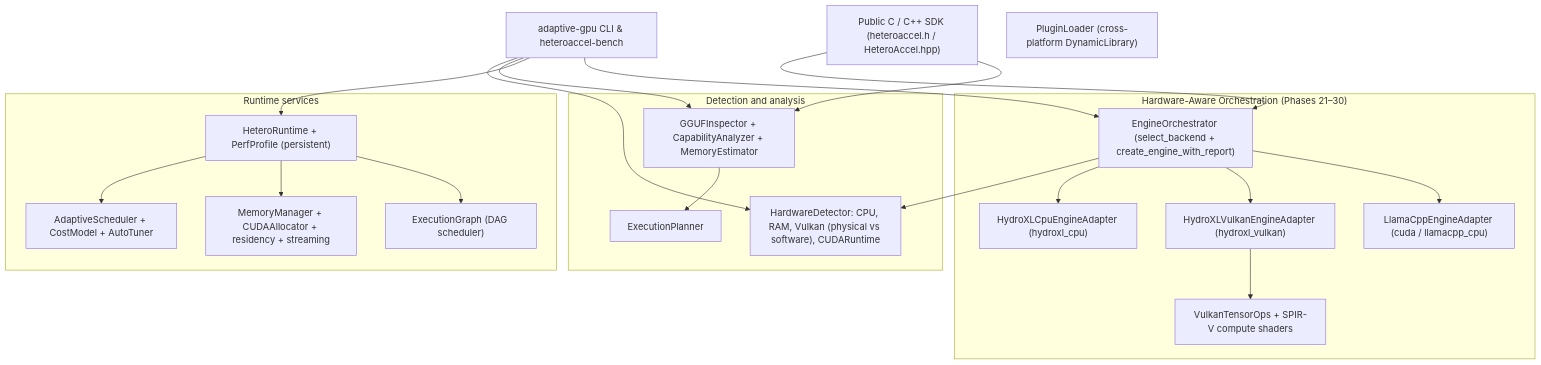
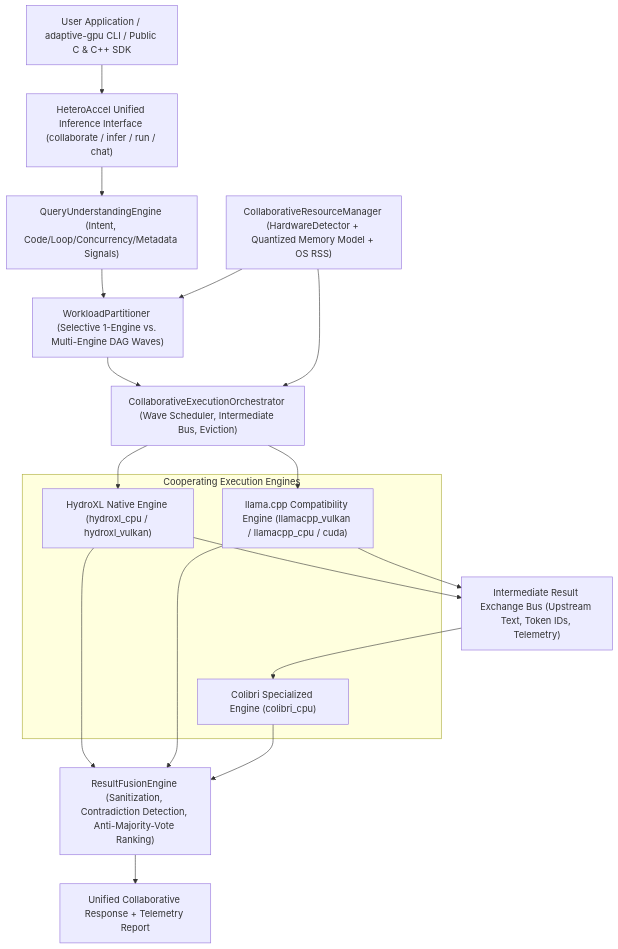
One commit to Deep455-16/HeteroAccel changed the first of 2 diagrams in README.md. Above: the diagram before and after it, drawn with Mermaid. The commit also changed other lines of this file and 15 other files, not shown here.

Commit message:
Phase 32: Final cross-validation, UTF-8 streaming stabilization, OS RSS telemetry, and v0.32.0 release

````diff
--- a/README.md
+++ b/README.md
@@ -69,43 +64,27 @@
 ```mermaid
 flowchart TB
-    CLI["adaptive-gpu CLI & heteroaccel-bench"]
-    SDK["Public C / C++ SDK (heteroaccel.h / HeteroAccel.hpp)"]
+    USER["User Application / adaptive-gpu CLI / Public C & C++ SDK"]
+    UNI["HeteroAccel Unified Inference Interface (collaborate / infer / run / chat)"]
+    QRY["QueryUnderstandingEngine (Intent, Code/Loop/Concurrency/Metadata Signals)"]
+    PRT["WorkloadPartitioner (Selective 1-Engine vs. Multi-Engine DAG Waves)"]
+    RES["CollaborativeResourceManager (HardwareDetector + Quantized Memory Model + OS RSS)"]
+    ORC["CollaborativeExecutionOrchestrator (Wave Scheduler, Intermediate Bus, Eviction)"]
 
-    subgraph Detect["Detection and analysis"]
-        HW["HardwareDetector: CPU, RAM, Vulkan (physical vs software), CUDARuntime"]
-        INS["GGUFInspector + CapabilityAnalyzer + MemoryEstimator"]
-        PLN["ExecutionPlanner"]
+    subgraph Engines["Cooperating Execution Engines"]
+        HX["HydroXL Native Engine (hydroxl_cpu / hydroxl_vulkan)"]
+        LC["llama.cpp Compatibility Engine (llamacpp_vulkan / llamacpp_cpu / cuda)"]
+        CB["Colibri Specialized Engine (colibri_cpu)"]
     end
 
-    subgraph Runtime["Runtime services"]
-        RT["HeteroRuntime + PerfProfile (persistent)"]
-        SCH["AdaptiveScheduler + CostModel + AutoTuner"]
-        MEM["MemoryManager + CUDAAllocator + residency + streaming"]
-        GRA["ExecutionGraph (DAG scheduler)"]
-    end
+    BUS["Intermediate Result Exchange Bus (Upstream Text, Token IDs, Telemetry)"]
+    FUS["ResultFusionEngine (Sanitization, Contradiction Detection, Anti-Majority-Vote Ranking)"]
+    OUT["Unified Collaborative Response + Telemetry Report"]
 
-    subgraph Orch["Hardware-Aware Orchestration (Phases 21–30)"]
-        ORC["EngineOrchestrator (select_backend + create_engine_with_report)"]
-        CPUA["HydroXLCpuEngineAdapter (hydroxl_cpu)"]
-        VKA["HydroXLVulkanEngineAdapter (hydroxl_vulkan)"]
-        CUDA["LlamaCppEngineAdapter (cuda / llamacpp_cpu)"]
-        VTO["VulkanTensorOps + SPIR-V compute shaders"]
-    end
-
-    PLG["PluginLoader (cross-platform DynamicLibrary)"]
-
-    CLI --> HW
-    CLI --> INS --> PLN
-    CLI --> RT
-    CLI --> ORC
-    SDK --> ORC
-    SDK --> INS
-    RT --> SCH
-    RT --> MEM
-    RT --> GRA
-    ORC --> HW
-    ORC --> CPUA
-    ORC --> VKA
-    ORC --> CUDA
-    VKA --> VTO
+    USER --> UNI --> QRY --> PRT
+    RES --> PRT
+    PRT --> ORC
+    RES --> ORC
+    ORC --> HX & LC
+    HX & LC --> BUS --> CB
+    HX & LC & CB --> FUS --> OUT
 ```
````
